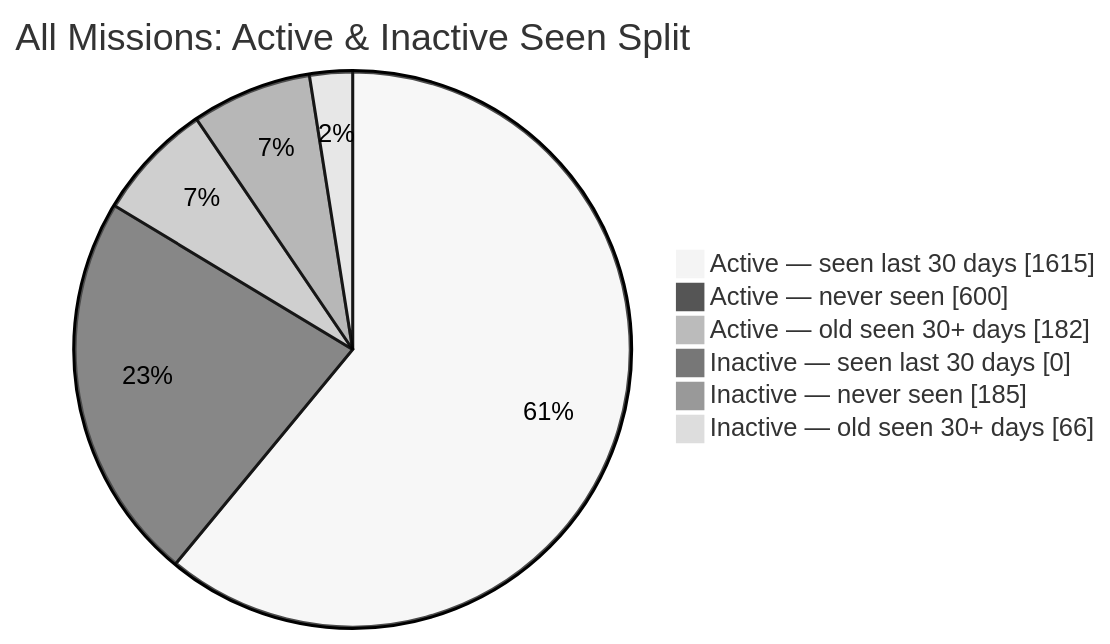
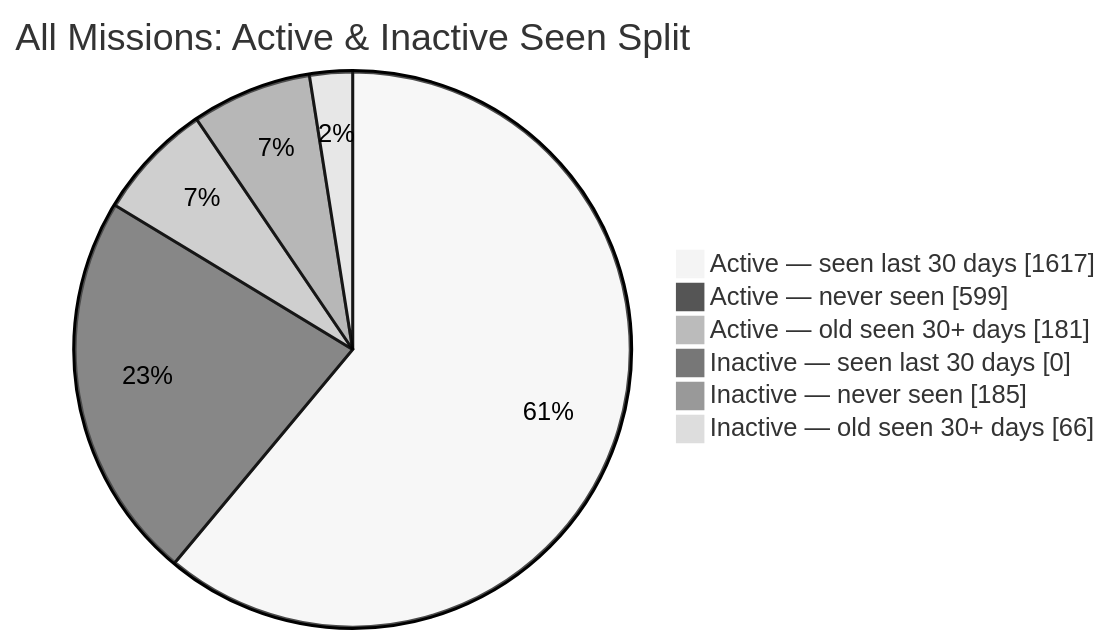
The second of 2 diagrams in README.md (MeldkamerspelGameTeam/active-missions), drawn with Mermaid (neutral theme) before and after one commit. The commit also changed other lines of this file and 3 other files, not shown here.

````diff
--- a/README.md
+++ b/README.md
@@ -44,10 +44,10 @@
 ```mermaid
 pie showData
     title All Missions: Active & Inactive Seen Split
-    "Active — seen last 30 days" : 1615
-    "Active — never seen" : 600
-    "Active — old seen 30+ days" : 182
+    "Active — seen last 30 days" : 1617
+    "Active — never seen" : 599
+    "Active — old seen 30+ days" : 181
     "Inactive — seen last 30 days" : 0
     "Inactive — never seen" : 185
     "Inactive — old seen 30+ days" : 66
 ```
````
